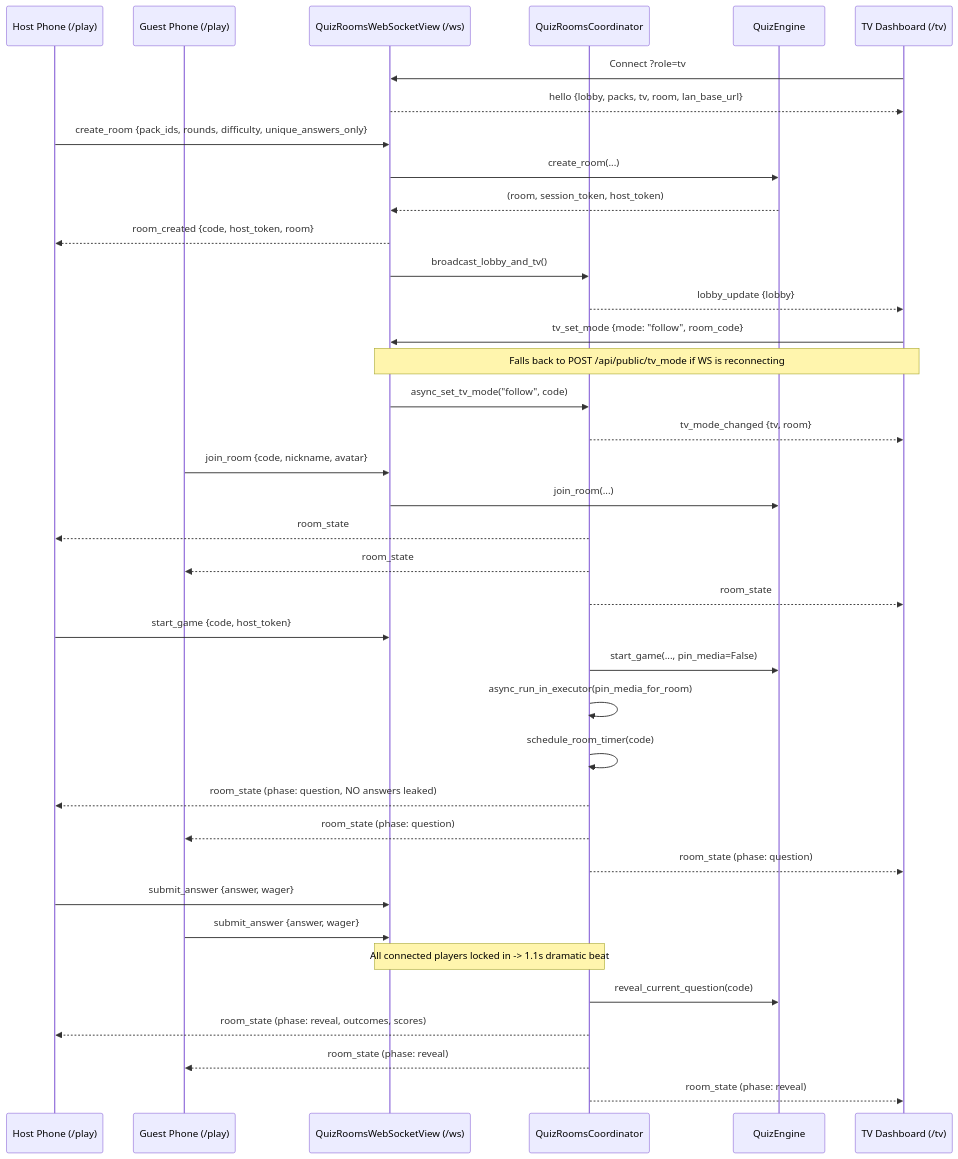
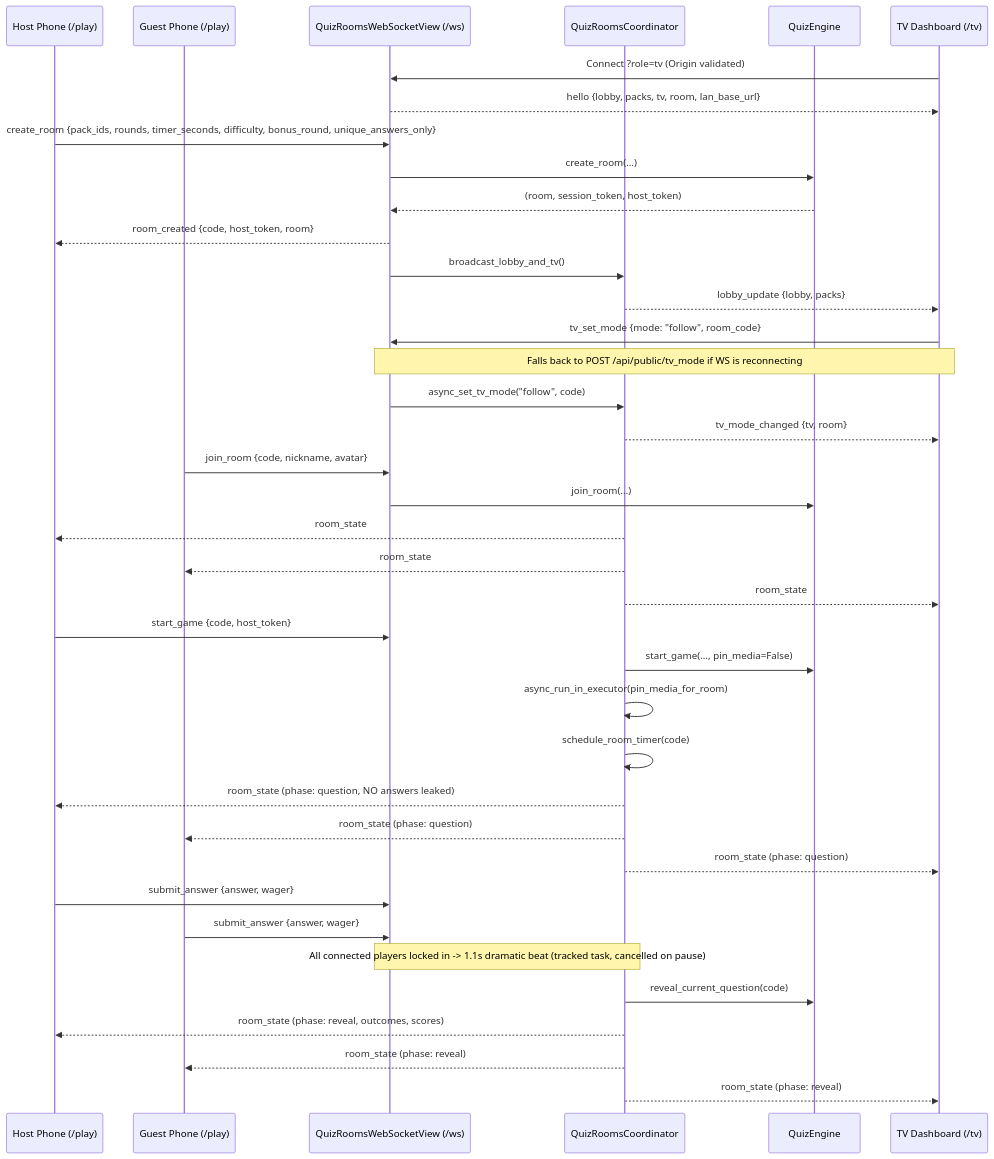
The third of 6 diagrams in docs/ARCHITECTURE.md (modestpharaoh/hass-quiz-rooms), drawn with Mermaid before and after one commit. The commit also changed other lines of this file and 13 other files, not shown here.

````diff
--- a/docs/ARCHITECTURE.md
+++ b/docs/ARCHITECTURE.md
@@ -147,46 +156,46 @@
 ```mermaid
 sequenceDiagram
     participant Host as Host Phone (/play)
     participant Guest as Guest Phone (/play)
     participant WS as QuizRoomsWebSocketView (/ws)
     participant Coord as QuizRoomsCoordinator
     participant Eng as QuizEngine
     participant TV as TV Dashboard (/tv)
 
-    TV->>WS: Connect ?role=tv
+    TV->>WS: Connect ?role=tv (Origin validated)
     WS-->>TV: hello {lobby, packs, tv, room, lan_base_url}
 
-    Host->>WS: create_room {pack_ids, rounds, difficulty, unique_answers_only}
+    Host->>WS: create_room {pack_ids, rounds, timer_seconds, difficulty, bonus_round, unique_answers_only}
     WS->>Eng: create_room(...)
     Eng-->>WS: (room, session_token, host_token)
     WS-->>Host: room_created {code, host_token, room}
     WS->>Coord: broadcast_lobby_and_tv()
-    Coord-->>TV: lobby_update {lobby}
+    Coord-->>TV: lobby_update {lobby, packs}
 
     TV->>WS: tv_set_mode {mode: "follow", room_code}
     Note over TV,WS: Falls back to POST /api/public/tv_mode if WS is reconnecting
     WS->>Coord: async_set_tv_mode("follow", code)
     Coord-->>TV: tv_mode_changed {tv, room}
 
     Guest->>WS: join_room {code, nickname, avatar}
     WS->>Eng: join_room(...)
     Coord-->>Host: room_state
     Coord-->>Guest: room_state
     Coord-->>TV: room_state
 
     Host->>WS: start_game {code, host_token}
     Coord->>Eng: start_game(..., pin_media=False)
     Coord->>Coord: async_run_in_executor(pin_media_for_room)
     Coord->>Coord: schedule_room_timer(code)
     Coord-->>Host: room_state (phase: question, NO answers leaked)
     Coord-->>Guest: room_state (phase: question)
     Coord-->>TV: room_state (phase: question)
 
     Host->>WS: submit_answer {answer, wager}
     Guest->>WS: submit_answer {answer, wager}
-    Note over WS,Coord: All connected players locked in -> 1.1s dramatic beat
+    Note over WS,Coord: All connected players locked in -> 1.1s dramatic beat (tracked task, cancelled on pause)
     Coord->>Eng: reveal_current_question(code)
     Coord-->>Host: room_state (phase: reveal, outcomes, scores)
     Coord-->>Guest: room_state (phase: reveal)
     Coord-->>TV: room_state (phase: reveal)
 ```
````
